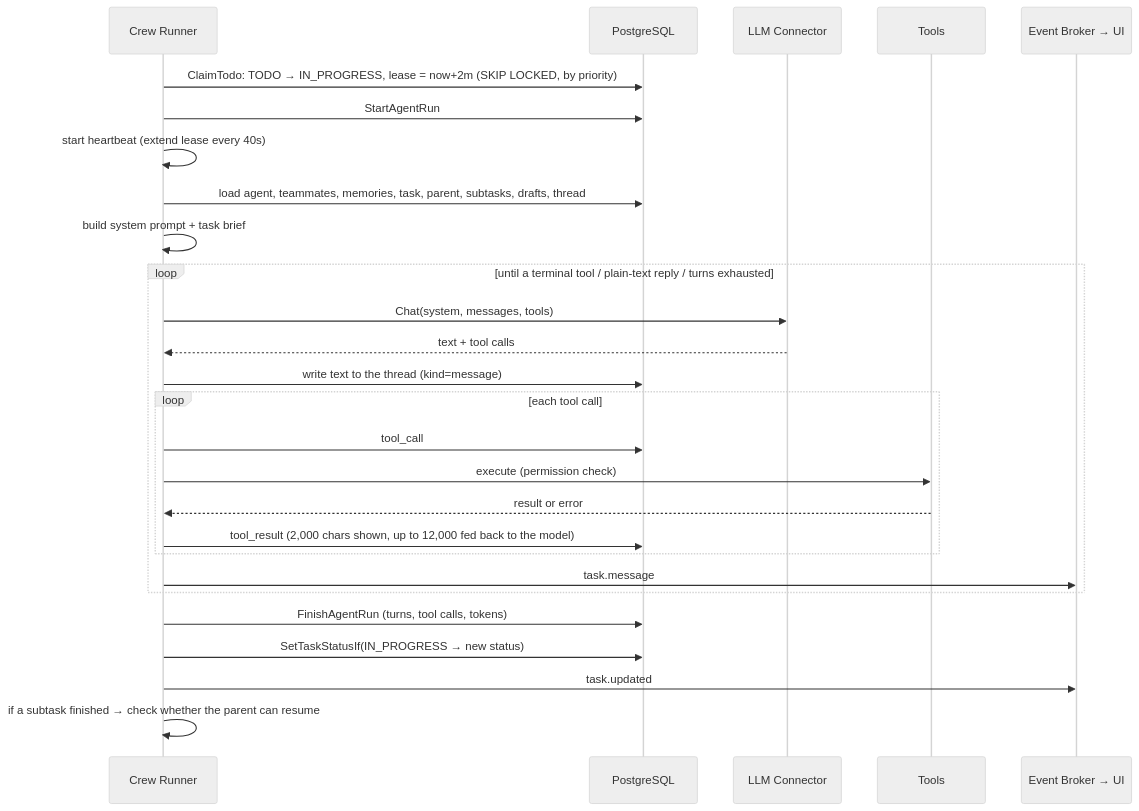
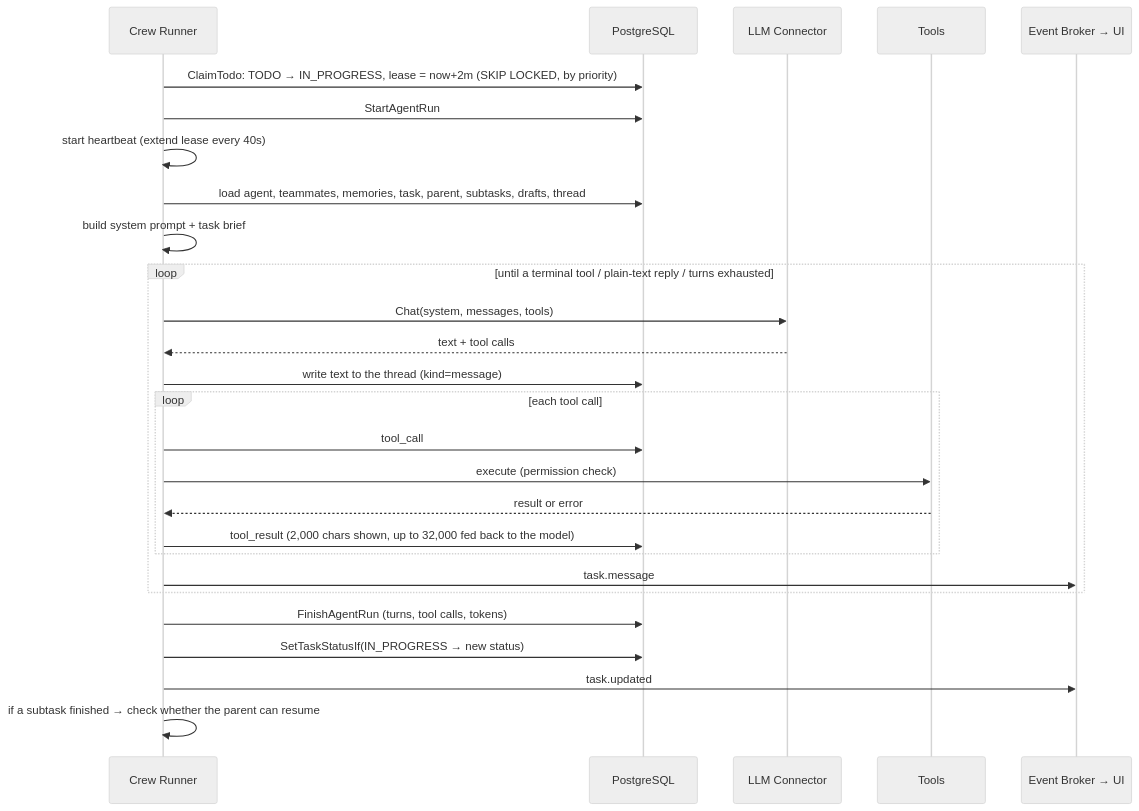
One commit to j75689/cueflow changed the third of 5 diagrams in docs/agentic-flow.md. Above: the diagram before and after it, drawn with Mermaid (neutral theme). The commit also changed other lines of this file and 7 other files, not shown here.

````diff
--- a/docs/agentic-flow.md
+++ b/docs/agentic-flow.md
@@ -124,30 +124,30 @@
 ```mermaid
 sequenceDiagram
     participant C as Crew Runner
     participant DB as PostgreSQL
     participant L as LLM Connector
     participant T as Tools
     participant B as Event Broker → UI
 
     C->>DB: ClaimTodo: TODO → IN_PROGRESS, lease = now+2m (SKIP LOCKED, by priority)
     C->>DB: StartAgentRun
     C->>C: start heartbeat (extend lease every 40s)
     C->>DB: load agent, teammates, memories, task, parent, subtasks, drafts, thread
     C->>C: build system prompt + task brief
     loop until a terminal tool / plain-text reply / turns exhausted
         C->>L: Chat(system, messages, tools)
         L-->>C: text + tool calls
         C->>DB: write text to the thread (kind=message)
         loop each tool call
             C->>DB: tool_call
             C->>T: execute (permission check)
             T-->>C: result or error
-            C->>DB: tool_result (2,000 chars shown, up to 12,000 fed back to the model)
+            C->>DB: tool_result (2,000 chars shown, up to 32,000 fed back to the model)
         end
         C->>B: task.message
     end
     C->>DB: FinishAgentRun (turns, tool calls, tokens)
     C->>DB: SetTaskStatusIf(IN_PROGRESS → new status)
     C->>B: task.updated
     C->>C: if a subtask finished → check whether the parent can resume
 ```
````
